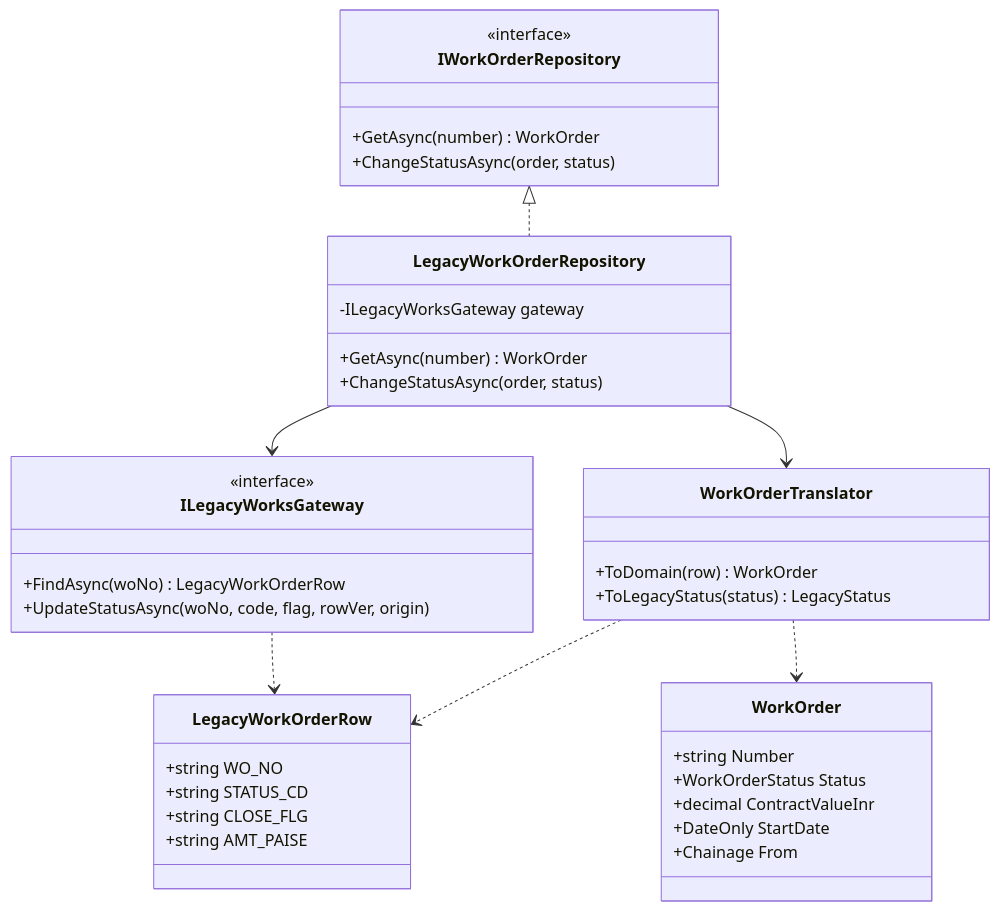
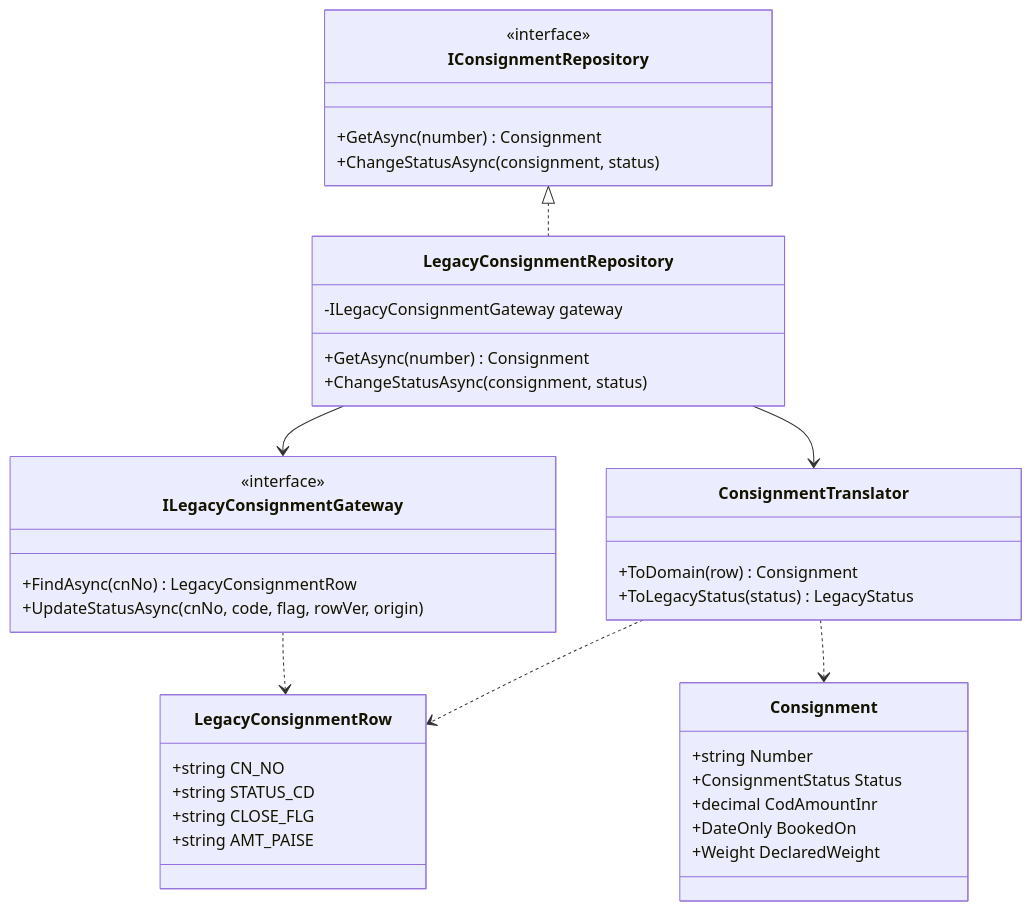
The third of 3 diagrams in content/lessons/m16/m16-strangler-acl.md (rizwi0786/system-design-lab), drawn with Mermaid before and after one commit. The commit also changed other lines of this file and 334 other files, not shown here.

````diff
--- a/content/lessons/m16/m16-strangler-acl.md
+++ b/content/lessons/m16/m16-strangler-acl.md
@@ -253,41 +255,41 @@
 ```mermaid
 classDiagram
-    class IWorkOrderRepository {
+    class IConsignmentRepository {
         <<interface>>
-        +GetAsync(number) WorkOrder
-        +ChangeStatusAsync(order, status)
+        +GetAsync(number) Consignment
+        +ChangeStatusAsync(consignment, status)
     }
-    class WorkOrder {
+    class Consignment {
         +string Number
-        +WorkOrderStatus Status
-        +decimal ContractValueInr
-        +DateOnly StartDate
-        +Chainage From
+        +ConsignmentStatus Status
+        +decimal CodAmountInr
+        +DateOnly BookedOn
+        +Weight DeclaredWeight
     }
-    class LegacyWorkOrderRepository {
-        -ILegacyWorksGateway gateway
-        +GetAsync(number) WorkOrder
-        +ChangeStatusAsync(order, status)
+    class LegacyConsignmentRepository {
+        -ILegacyConsignmentGateway gateway
+        +GetAsync(number) Consignment
+        +ChangeStatusAsync(consignment, status)
     }
-    class WorkOrderTranslator {
-        +ToDomain(row) WorkOrder
+    class ConsignmentTranslator {
+        +ToDomain(row) Consignment
         +ToLegacyStatus(status) LegacyStatus
     }
-    class ILegacyWorksGateway {
+    class ILegacyConsignmentGateway {
         <<interface>>
-        +FindAsync(woNo) LegacyWorkOrderRow
-        +UpdateStatusAsync(woNo, code, flag, rowVer, origin)
+        +FindAsync(cnNo) LegacyConsignmentRow
+        +UpdateStatusAsync(cnNo, code, flag, rowVer, origin)
     }
-    class LegacyWorkOrderRow {
-        +string WO_NO
+    class LegacyConsignmentRow {
+        +string CN_NO
         +string STATUS_CD
         +string CLOSE_FLG
         +string AMT_PAISE
     }
-    IWorkOrderRepository <|.. LegacyWorkOrderRepository
-    LegacyWorkOrderRepository --> ILegacyWorksGateway
-    LegacyWorkOrderRepository --> WorkOrderTranslator
-    WorkOrderTranslator ..> LegacyWorkOrderRow
-    WorkOrderTranslator ..> WorkOrder
-    ILegacyWorksGateway ..> LegacyWorkOrderRow
+    IConsignmentRepository <|.. LegacyConsignmentRepository
+    LegacyConsignmentRepository --> ILegacyConsignmentGateway
+    LegacyConsignmentRepository --> ConsignmentTranslator
+    ConsignmentTranslator ..> LegacyConsignmentRow
+    ConsignmentTranslator ..> Consignment
+    ILegacyConsignmentGateway ..> LegacyConsignmentRow
 ```
````
